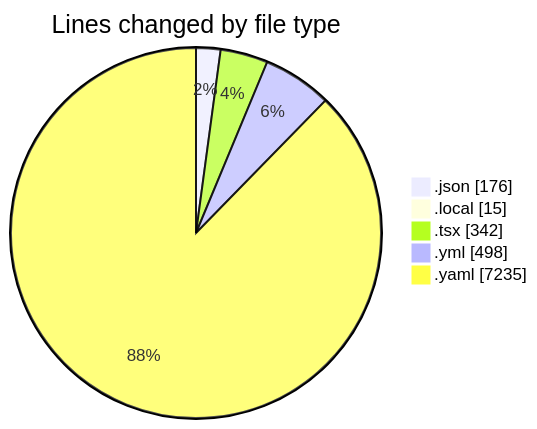
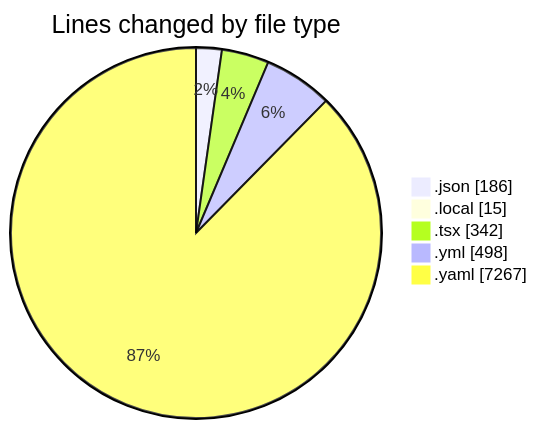
The first of 2 diagrams in 2025-11-05/eventscop-frontend-guide__workspace_/README.md (julien-gomy/code-tracking), drawn with Mermaid before and after one commit. The commit also changed other lines of this file and 1 other file, not shown here.

````diff
--- a/2025-11-05/eventscop-frontend-guide__workspace_/README.md
+++ b/2025-11-05/eventscop-frontend-guide__workspace_/README.md
@@ -25,9 +25,9 @@
 ```mermaid
 pie showData
 title Lines changed by file type
-".json" : 176
+".json" : 186
 ".local" : 15
 ".tsx" : 342
 ".yml" : 498
-".yaml" : 7235
+".yaml" : 7267
 ```
````
